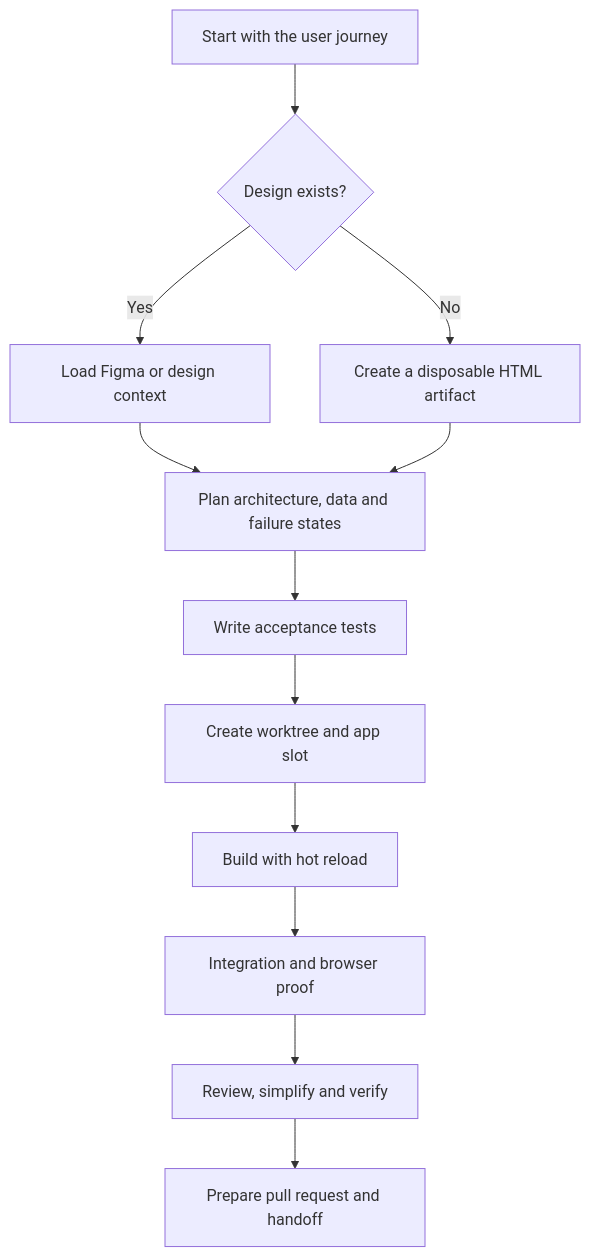
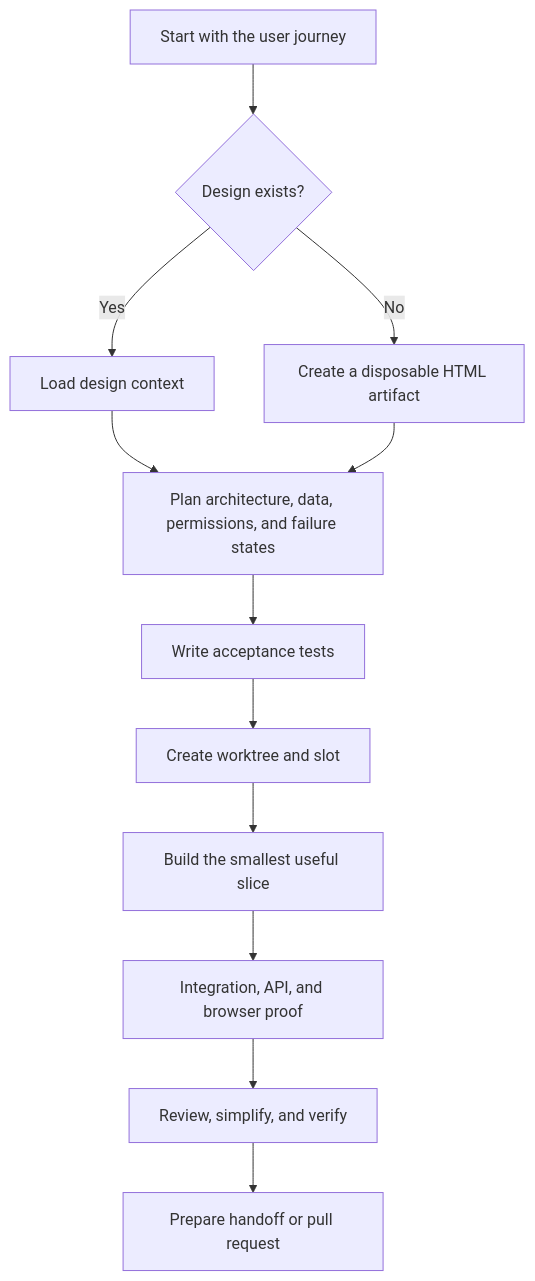
One commit to sabirmgd/terminal-first-goal-loop changed the second of 10 diagrams in docs/playbooks.md. Above: the diagram before and after it, drawn with Mermaid. The commit also changed other lines of this file and 33 other files, not shown here.

````diff
--- a/docs/playbooks.md
+++ b/docs/playbooks.md
@@ -29,14 +28,14 @@
 ```mermaid
 flowchart TB
     U["Start with the user journey"] --> D{"Design exists?"}
-    D -- Yes --> F["Load Figma or design context"]
+    D -- Yes --> F["Load design context"]
     D -- No --> A["Create a disposable HTML artifact"]
-    F --> P["Plan architecture, data and failure states"]
+    F --> P["Plan architecture, data, permissions, and failure states"]
     A --> P
     P --> T["Write acceptance tests"]
-    T --> W["Create worktree and app slot"]
-    W --> B["Build with hot reload"]
-    B --> V["Integration and browser proof"]
-    V --> Q["Review, simplify and verify"]
-    Q --> PR["Prepare pull request and handoff"]
+    T --> W["Create worktree and slot"]
+    W --> B["Build the smallest useful slice"]
+    B --> V["Integration, API, and browser proof"]
+    V --> R["Review, simplify, and verify"]
+    R --> H["Prepare handoff or pull request"]
 ```
````
